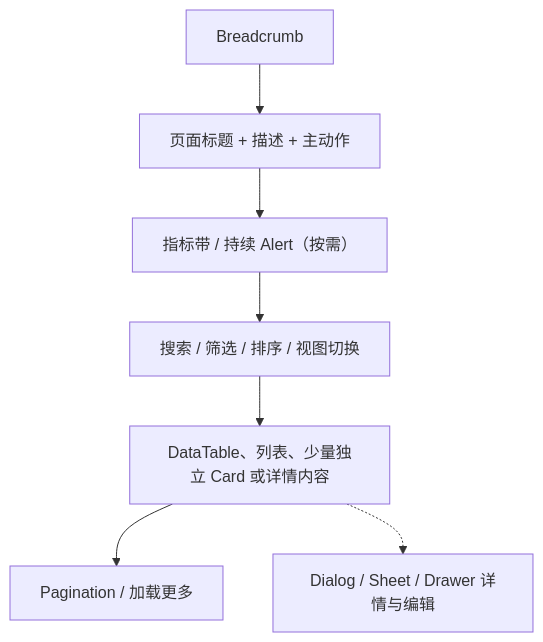
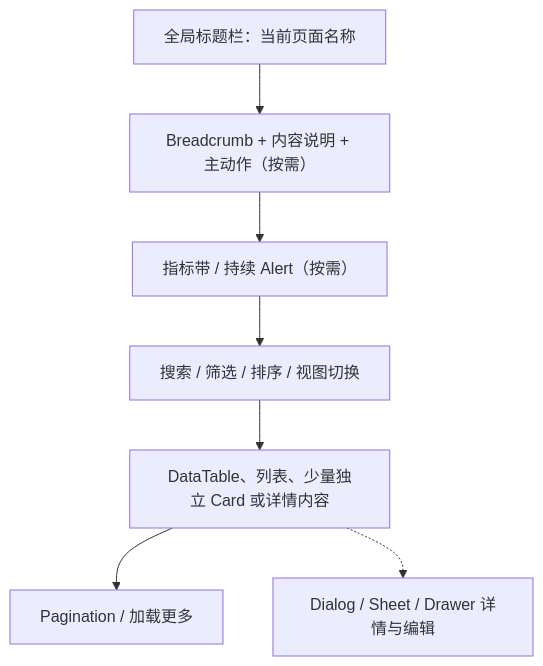
The third of 3 diagrams in docs/设计方案/02-信息架构与导航.md (coolerks/aestival), drawn with Mermaid before and after one commit. The commit also changed other lines of this file and 11 other files, not shown here.

````diff
--- a/docs/设计方案/02-信息架构与导航.md
+++ b/docs/设计方案/02-信息架构与导航.md
@@ -196,9 +196,9 @@
 ```mermaid
 flowchart TB
-  B["Breadcrumb"] --> H["页面标题 + 描述 + 主动作"]
-  H --> S["指标带 / 持续 Alert（按需）"]
+  T["全局标题栏：当前页面名称"] --> B["Breadcrumb + 内容说明 + 主动作（按需）"]
+  B --> S["指标带 / 持续 Alert（按需）"]
   S --> F["搜索 / 筛选 / 排序 / 视图切换"]
   F --> C["DataTable、列表、少量独立 Card 或详情内容"]
   C --> P["Pagination / 加载更多"]
   C -.-> D["Dialog / Sheet / Drawer 详情与编辑"]
 ```
````
